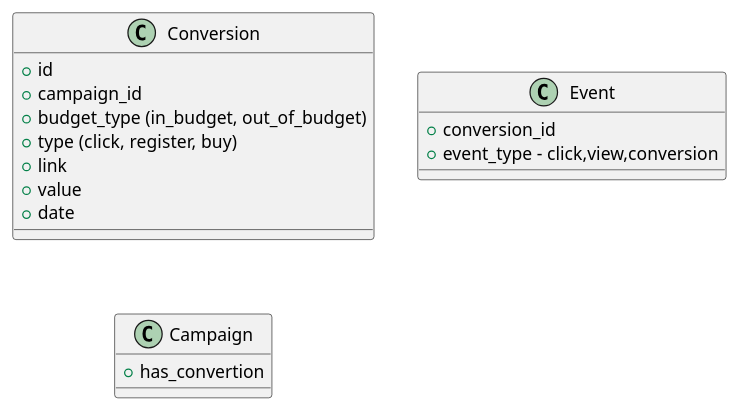
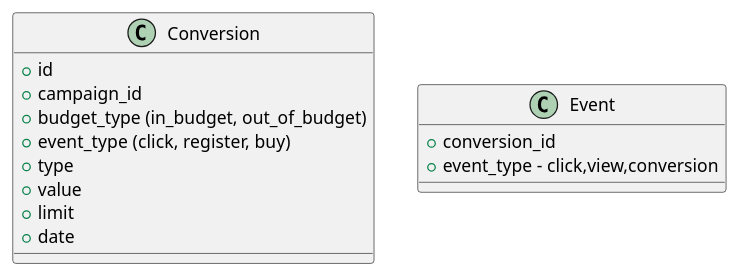
The diagram in docs/conversion_diagram.puml (adshares/adserver), drawn with PlantUML before and after one commit.

Commit message:
SRV-366 Modify conversion's diagram class

```diff
--- a/docs/conversion_diagram.puml
+++ b/docs/conversion_diagram.puml
@@ -1,26 +1,22 @@
 @startuml
 
 class Conversion
 {
     +id
     +campaign_id
     +{field} budget_type (in_budget, out_of_budget)
-    +{field} type (click, register, buy)
-    +link
+    +{field} event_type (click, register, buy)
+    +type
     +value
+    +limit
     +date
 }
 
 
 class Event
 {
     +conversion_id
     +event_type - click,view,conversion
 }
 
-class Campaign
-{
-    +has_convertion
-}
-
 @enduml
```
